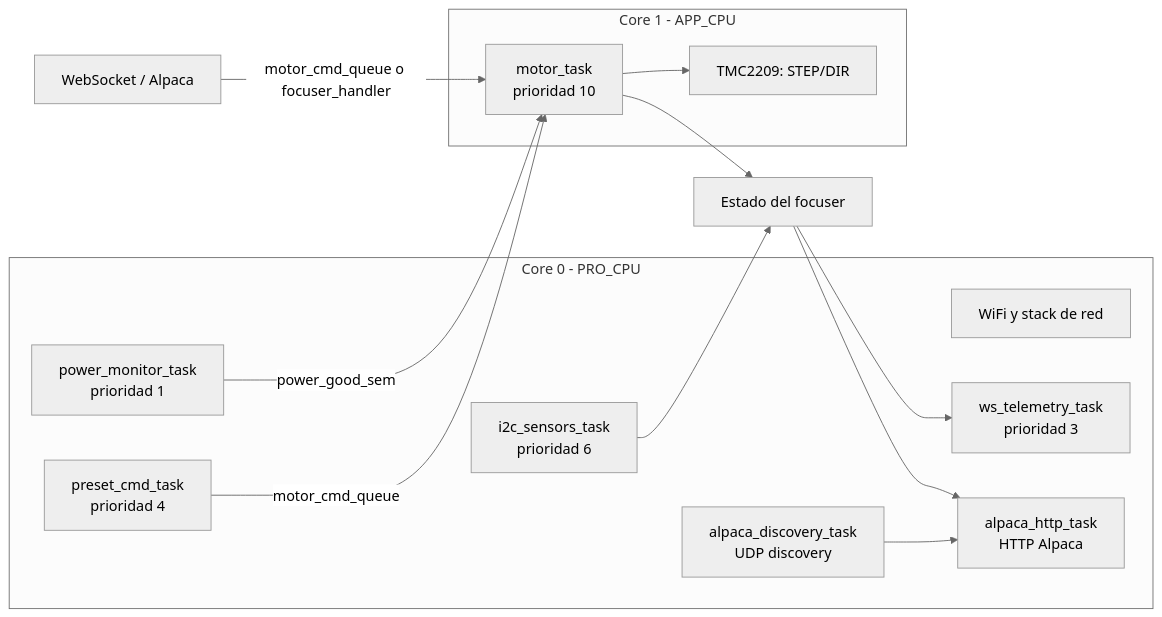
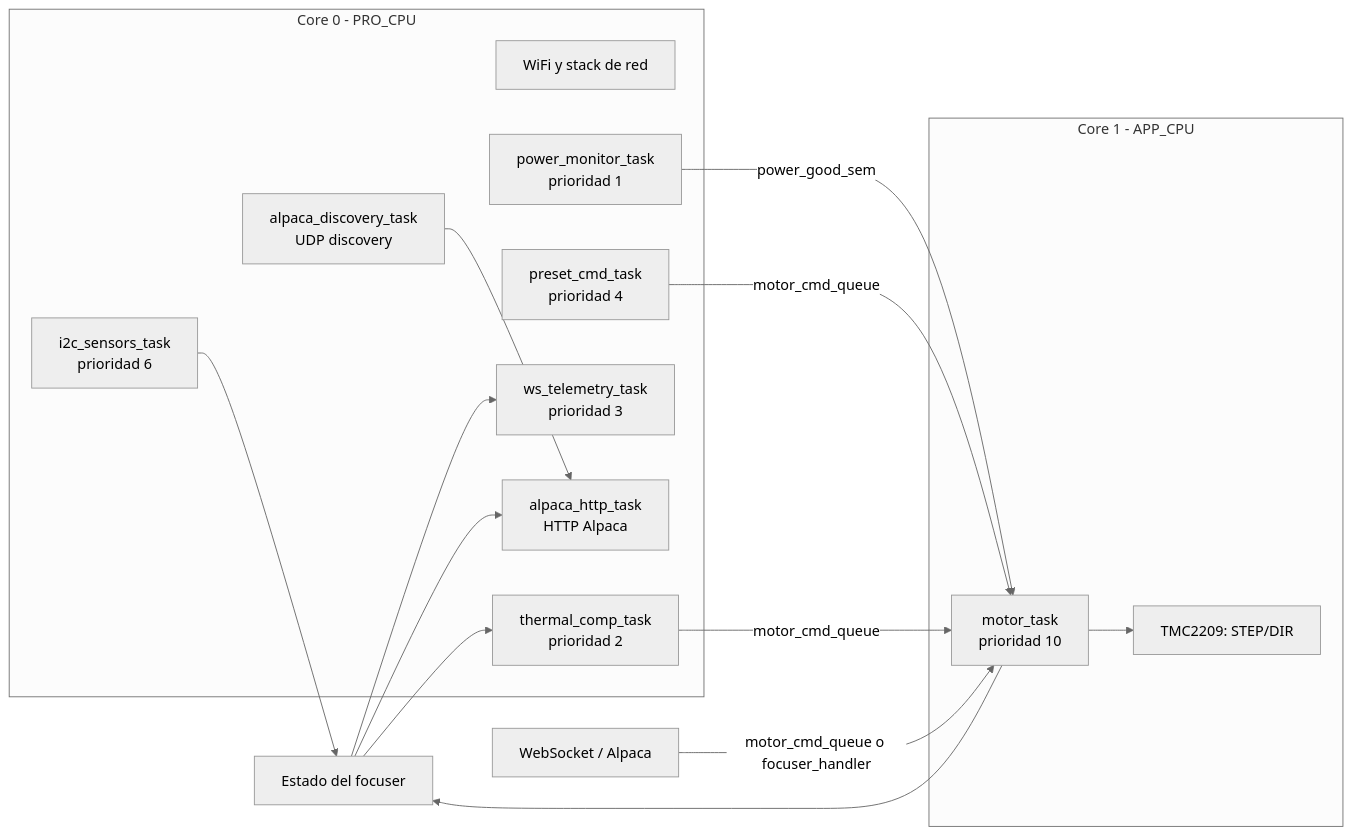
One commit to Fellbowl/alpaca-pcb changed the second of 3 diagrams in main/workflow_general.md. Above: the diagram before and after it, drawn with Mermaid (neutral theme). The commit also changed other lines of this file and 4 other files, not shown here.

````diff
--- a/main/workflow_general.md
+++ b/main/workflow_general.md
@@ -59,27 +61,30 @@
 ```mermaid
 flowchart LR
     subgraph C0[Core 0 - PRO_CPU]
         WIFI[WiFi y stack de red]
         I2C[i2c_sensors_task<br/>prioridad 6]
         POWER[power_monitor_task<br/>prioridad 1]
         PRESET[preset_cmd_task<br/>prioridad 4]
+        THERMAL[thermal_comp_task<br/>prioridad 2]
         TELEMETRY[ws_telemetry_task<br/>prioridad 3]
         ALPACA_HTTP[alpaca_http_task<br/>HTTP Alpaca]
         ALPACA_DISCOVERY[alpaca_discovery_task<br/>UDP discovery]
     end
 
     subgraph C1[Core 1 - APP_CPU]
         MOTOR[motor_task<br/>prioridad 10]
         TMC[TMC2209: STEP/DIR]
     end
 
     POWER -->|power_good_sem| MOTOR
     PRESET -->|motor_cmd_queue| MOTOR
     NETWORK[WebSocket / Alpaca] -->|motor_cmd_queue o focuser_handler| MOTOR
     MOTOR --> TMC
     I2C --> STATE[Estado del focuser]
     MOTOR --> STATE
     STATE --> TELEMETRY
     STATE --> ALPACA_HTTP
+    STATE --> THERMAL
+    THERMAL -->|motor_cmd_queue| MOTOR
     ALPACA_DISCOVERY --> ALPACA_HTTP
 ```
````
